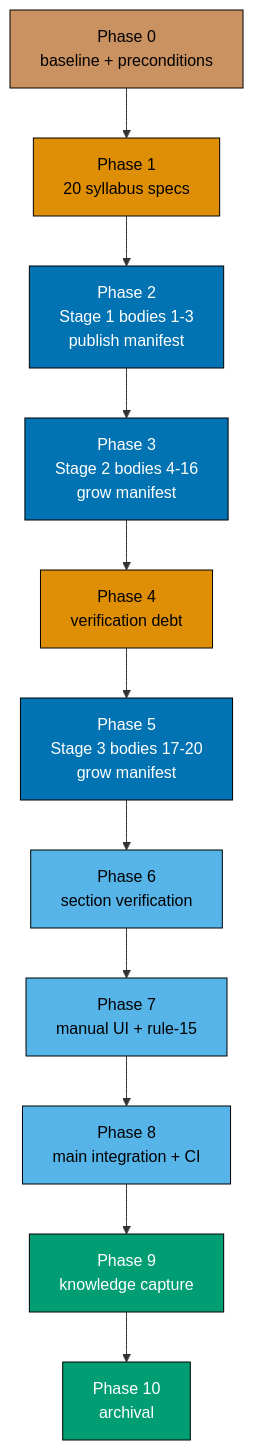
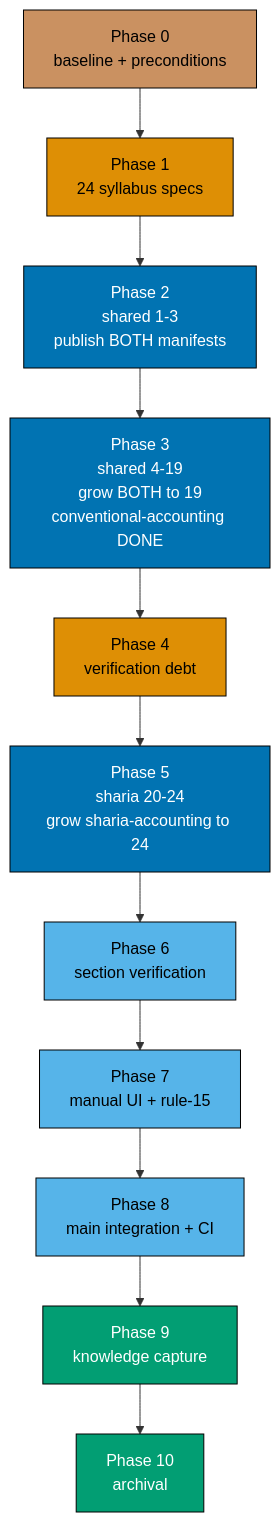
The third of 3 diagrams in plans/backlog/ayokoding-learning-path-06-skills-accounting/README.md (wahidyankf/baseerah), drawn with Mermaid before and after one commit. The commit also changed other lines of this file and 32 other files, not shown here.

````diff
--- a/plans/backlog/ayokoding-learning-path-06-skills-accounting/README.md
+++ b/plans/backlog/ayokoding-learning-path-06-skills-accounting/README.md
@@ -194,24 +285,23 @@
 ```mermaid
 %% Phase progression. Every phase ends in a gate and a safe stopping point.
-%% TD required: an 11-phase chain would exceed MaxWidth=4 on the horizontal axis under LR.
 flowchart TD
     P0["Phase 0<br/>baseline + preconditions"]:::setup
-    P1["Phase 1<br/>20 syllabus specs"]:::spec
-    P2["Phase 2<br/>Stage 1 bodies 1-3<br/>publish manifest"]:::author
-    P3["Phase 3<br/>Stage 2 bodies 4-16<br/>grow manifest"]:::author
+    P1["Phase 1<br/>24 syllabus specs"]:::spec
+    P2["Phase 2<br/>shared 1-3<br/>publish BOTH manifests"]:::author
+    P3["Phase 3<br/>shared 4-19<br/>grow BOTH to 19<br/>conventional-accounting DONE"]:::author
     P4["Phase 4<br/>verification debt"]:::spec
-    P5["Phase 5<br/>Stage 3 bodies 17-20<br/>grow manifest"]:::author
+    P5["Phase 5<br/>sharia 20-24<br/>grow sharia-accounting to 24"]:::author
     P6["Phase 6<br/>section verification"]:::verify
     P7["Phase 7<br/>manual UI + rule-15"]:::verify
     P8["Phase 8<br/>main integration + CI"]:::verify
     P9["Phase 9<br/>knowledge capture"]:::final
     P10["Phase 10<br/>archival"]:::final
 
     P0 --> P1 --> P2 --> P3 --> P4 --> P5 --> P6 --> P7 --> P8 --> P9 --> P10
 
     classDef setup fill:#CA9161,stroke:#000000,color:#000000
     classDef spec fill:#DE8F05,stroke:#000000,color:#000000
     classDef author fill:#0173B2,stroke:#000000,color:#FFFFFF
     classDef verify fill:#56B4E9,stroke:#000000,color:#000000
     classDef final fill:#029E73,stroke:#000000,color:#FFFFFF
 ```
````
